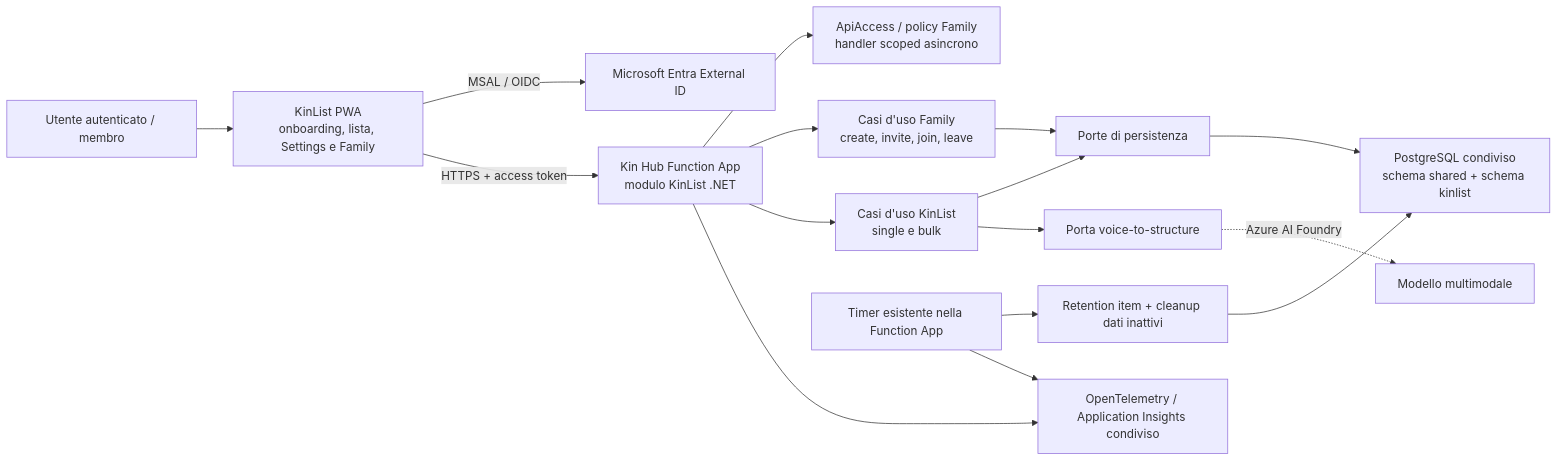
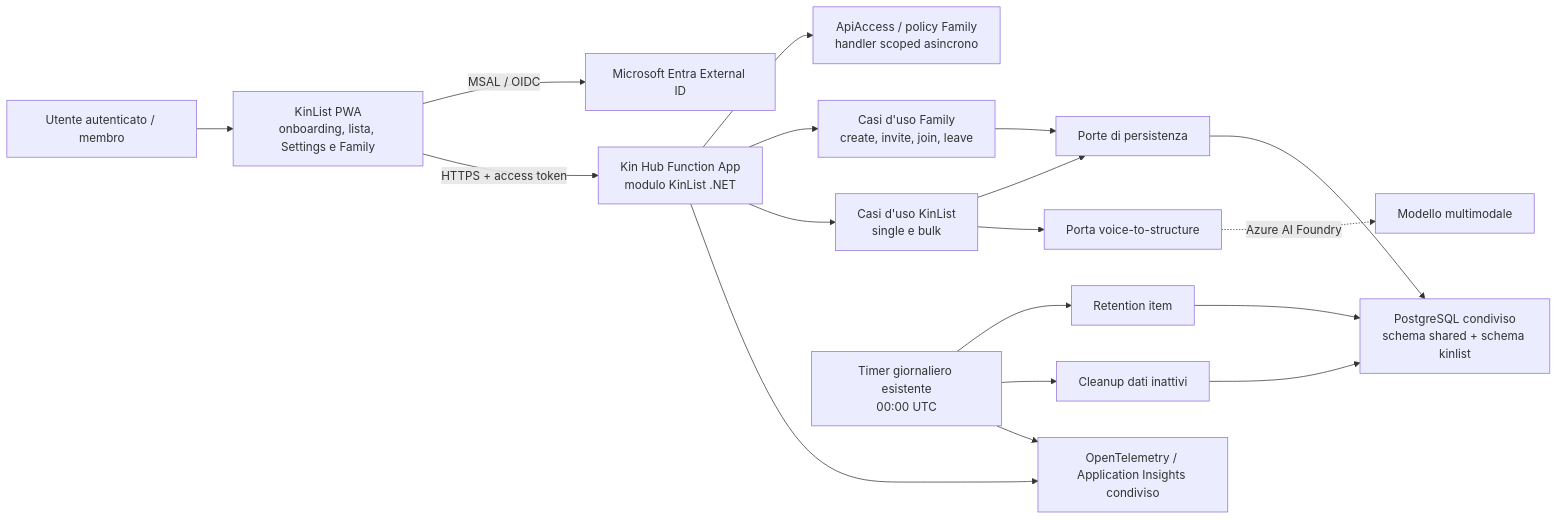
One commit to martinabruni/DA.KinHub changed the first of 2 diagrams in docs/kinlist/brainstorming/architecture.md. Above: the diagram before and after it, drawn with Mermaid. The commit also changed other lines of this file and 1 other file, not shown here.

````diff
--- a/docs/kinlist/brainstorming/architecture.md
+++ b/docs/kinlist/brainstorming/architecture.md
@@ -67,18 +78,20 @@
 ```mermaid
 flowchart LR
     U["Utente autenticato / membro"] --> PWA["KinList PWA<br/>onboarding, lista, Settings e Family"]
     PWA -->|"MSAL / OIDC"| EXT["Microsoft Entra External ID"]
     PWA -->|"HTTPS + access token"| API["Kin Hub Function App<br/>modulo KinList .NET"]
     API --> AUTH["ApiAccess / policy Family<br/>handler scoped asincrono"]
     API --> FAM["Casi d'uso Family<br/>create, invite, join, leave"]
     API --> APP["Casi d'uso KinList<br/>single e bulk"]
     FAM --> DBP
     APP --> DBP["Porte di persistenza"]
     DBP --> PG["PostgreSQL condiviso<br/>schema shared + schema kinlist"]
     APP --> AI["Porta voice-to-structure"]
     AI -. "Azure AI Foundry" .-> MM["Modello multimodale"]
-    TIMER["Timer esistente nella Function App"] --> RET["Retention item + cleanup dati inattivi"]
+    TIMER["Timer giornaliero esistente<br/>00:00 UTC"] --> RET["Retention item"]
+    TIMER --> CLEAN["Cleanup dati inattivi"]
     RET --> PG
+    CLEAN --> PG
     API --> OBS["OpenTelemetry / Application Insights condiviso"]
     TIMER --> OBS
 ```
````
